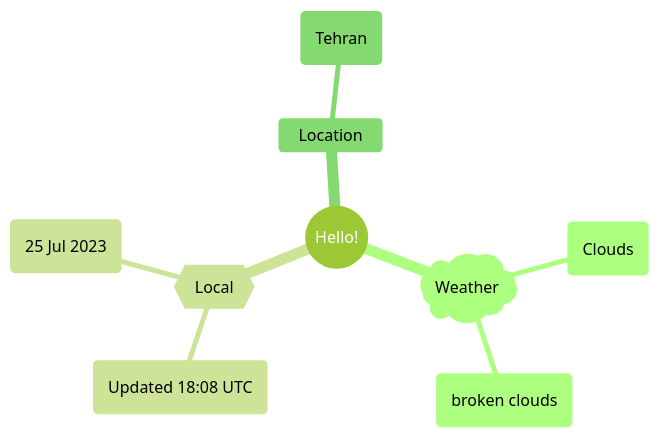
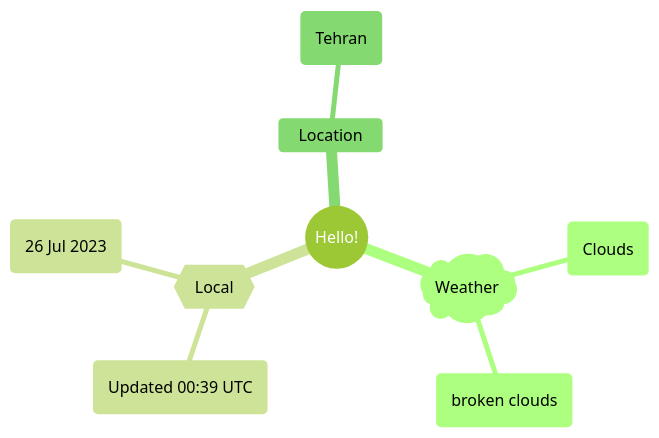
The first of 2 diagrams in README.md (Xosrov/Xosrov), drawn with Mermaid (forest theme) before and after one commit.

Commit message:
[bot] updated images

````diff
--- a/README.md
+++ b/README.md
@@ -3,12 +3,12 @@
 ```mermaid
 mindmap
   root((Hello!))
     )Weather(
         (Clouds)
         (broken clouds)
     {{Local}}
-        (Updated 18:08 UTC)
-        (25 Jul 2023)
+        (Updated 00:39 UTC)
+        (26 Jul 2023)
     Location
         (Tehran)
 ```
````
